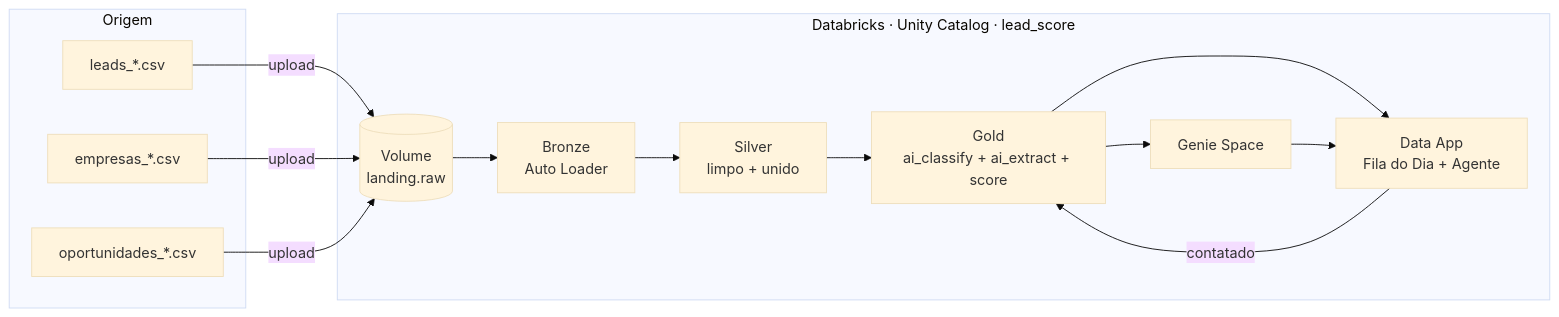
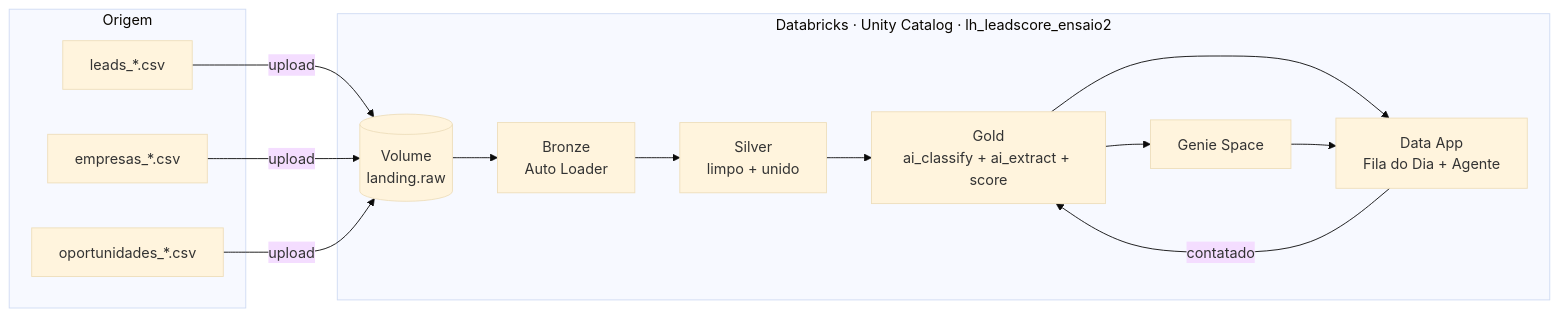
Before and after one commit to alerrandrofrederik/leadscore_ensaio_2: the diagram in PRD_v3_lead_score.md, drawn with Mermaid (base theme). The commit also changed other lines of this file and 81 other files, not shown here.

First line of the commit message:
Implementa o Lead Score (ensaio 2) e prepara o build ao vivo

````diff
--- a/PRD_v3_lead_score.md
+++ b/PRD_v3_lead_score.md
@@ -333,21 +335,21 @@
 ```mermaid
 flowchart LR
   subgraph Origem
     C1[leads_*.csv]
     C2[empresas_*.csv]
     C3[oportunidades_*.csv]
   end
-  subgraph Databricks [Databricks · Unity Catalog · lead_score]
+  subgraph Databricks [Databricks · Unity Catalog · lh_leadscore_ensaio2]
     V[(Volume<br/>landing.raw)]
     B[Bronze<br/>Auto Loader]
     S[Silver<br/>limpo + unido]
     G[Gold<br/>ai_classify + ai_extract + score]
     GS[Genie Space]
     APP[Data App<br/>Fila do Dia + Agente]
   end
   C1 & C2 & C3 -- upload --> V
   V --> B --> S --> G
   G --> APP
   G --> GS --> APP
   APP -- contatado --> G
 ```
````
